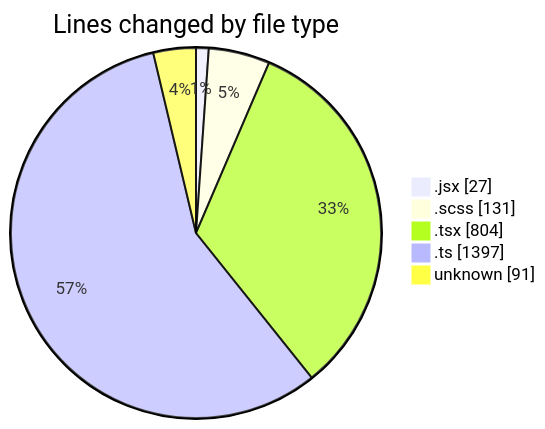
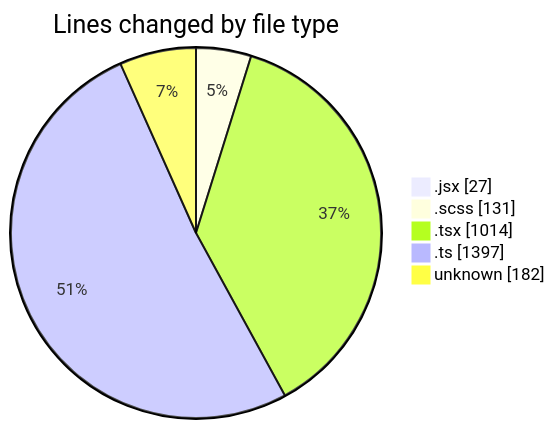
The first of 2 diagrams in 2026-03-16/cda/README.md (momahboobian/code-tracking), drawn with Mermaid before and after one commit. The commit also changed other lines of this file and 1 other file, not shown here.

````diff
--- a/2026-03-16/cda/README.md
+++ b/2026-03-16/cda/README.md
@@ -32,9 +32,9 @@
 ```mermaid
 pie showData
 title Lines changed by file type
 ".jsx" : 27
 ".scss" : 131
-".tsx" : 804
+".tsx" : 1014
 ".ts" : 1397
-"unknown" : 91
+"unknown" : 182
 ```
````
